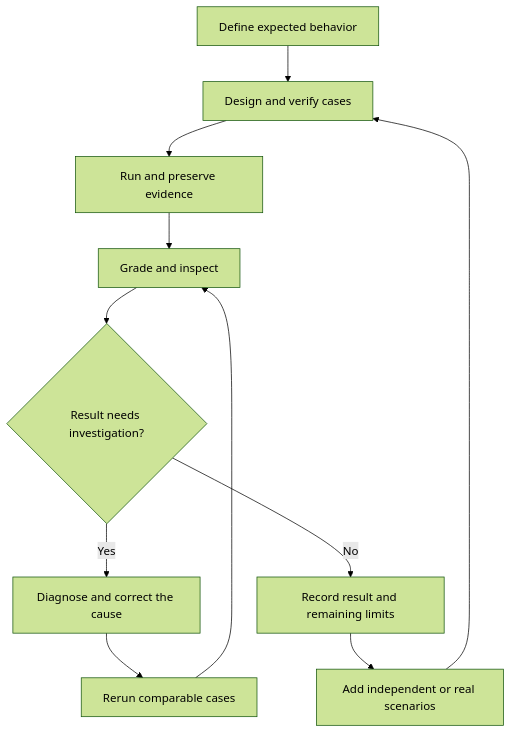
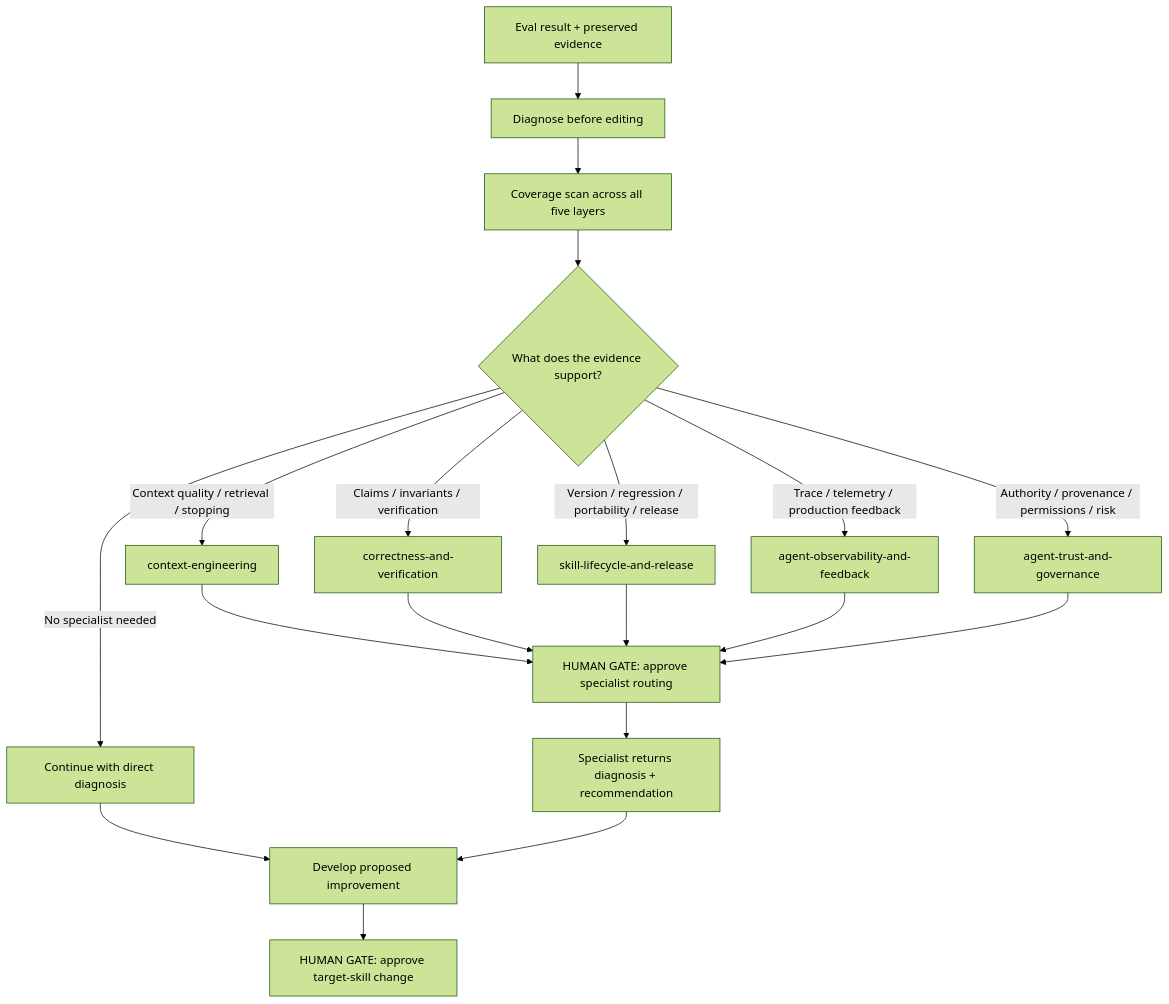
One commit to rlynjb/dotskills changed the second of 2 diagrams in docs/eval-driven-skill-development.md. Above: the diagram before and after it, drawn with Mermaid (forest theme). The commit also changed other lines of this file, not shown here.

Commit message:
Update eval-driven workflow docs and methodology routing

````diff
--- a/docs/eval-driven-skill-development.md
+++ b/docs/eval-driven-skill-development.md
@@ -44,13 +321,21 @@
 ```mermaid
 flowchart TD
-    A[Define expected behavior] --> B[Design and verify cases]
-    B --> C[Run and preserve evidence]
-    C --> D[Grade and inspect]
-    D --> E{Result needs investigation?}
-    E -->|Yes| F[Diagnose and correct the cause]
-    F --> G[Rerun comparable cases]
-    G --> D
-    E -->|No| H[Record result and remaining limits]
-    H --> I[Add independent or real scenarios]
-    I --> B
+    A[Eval result + preserved evidence] --> B[Diagnose before editing]
+    B --> C[Coverage scan across all five layers]
+    C --> D{What does the evidence support?}
+    D -->|Context quality / retrieval / stopping| CE[context-engineering]
+    D -->|Claims / invariants / verification| CV[correctness-and-verification]
+    D -->|Version / regression / portability / release| LR[skill-lifecycle-and-release]
+    D -->|Trace / telemetry / production feedback| OF[agent-observability-and-feedback]
+    D -->|Authority / provenance / permissions / risk| TG[agent-trust-and-governance]
+    D -->|No specialist needed| N[Continue with direct diagnosis]
+    CE --> G[HUMAN GATE: approve specialist routing]
+    CV --> G
+    LR --> G
+    OF --> G
+    TG --> G
+    G --> H[Specialist returns diagnosis + recommendation]
+    N --> I[Develop proposed improvement]
+    H --> I
+    I --> J[HUMAN GATE: approve target-skill change]
 ```
````
